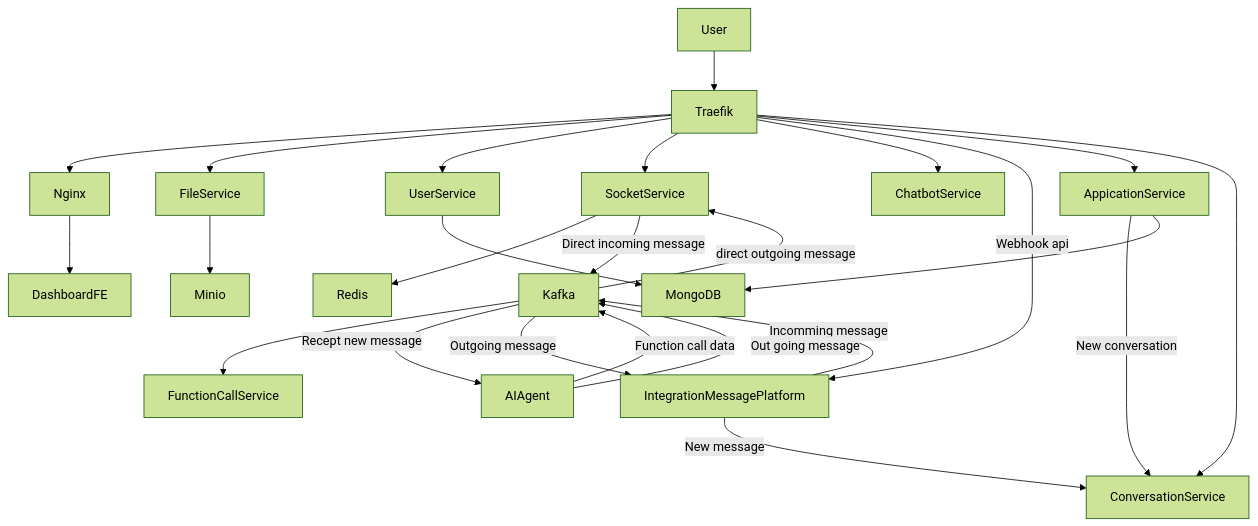
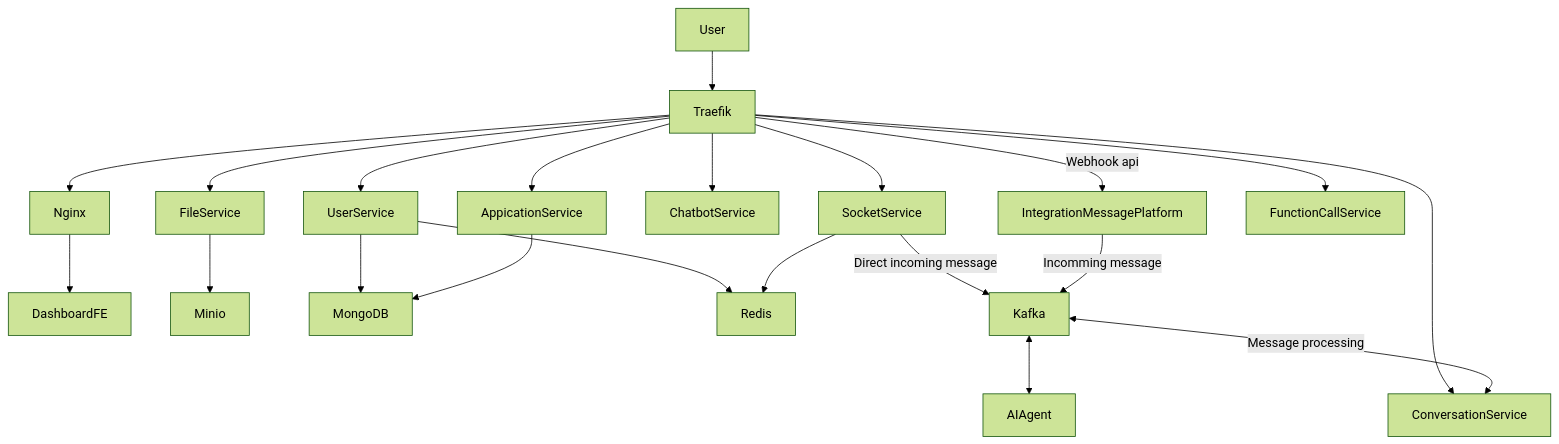
The first of 2 diagrams in architecture.md (AI-and-Microservices/ai-system-architecture), drawn with Mermaid (forest theme) before and after one commit. The commit also changed other lines of this file, not shown here.

Commit message:
update flow

````diff
--- a/architecture.md
+++ b/architecture.md
@@ -6,30 +6,26 @@
 ```mermaid
-flowchart TB
+flowchart TD
     User --> Traefik
     Traefik --> Nginx
     Traefik --> FileService
     Traefik --> UserService
     Traefik --> SocketService
     Traefik --> ChatbotService
     Traefik --> | Webhook api | IntegrationMessagePlatform
     Traefik --> AppicationService
+    Traefik --> FunctionCallService
     Traefik --> ConversationService
-
-    AppicationService --> |New conversation| ConversationService
-    IntegrationMessagePlatform --> |New message| ConversationService
-    SocketService
 
     Nginx --> DashboardFE
     FileService --> Minio
     UserService --> MongoDB
+    UserService --> Redis
     SocketService --> Redis
     SocketService --> |Direct incoming message| Kafka
     AppicationService --> MongoDB
-    Kafka --> FunctionCallService
-    AIAgent --> |Function call data| Kafka
+    
     IntegrationMessagePlatform --> |Incomming message| Kafka
-    Kafka --> |Recept new message| AIAgent
-    AIAgent -->|Out going message| Kafka
-    Kafka --> |direct outgoing message| SocketService
-    Kafka --> |Outgoing message| IntegrationMessagePlatform
+    Kafka <--> AIAgent
+    Kafka <--> |Message processing| ConversationService
+
 ```
````
